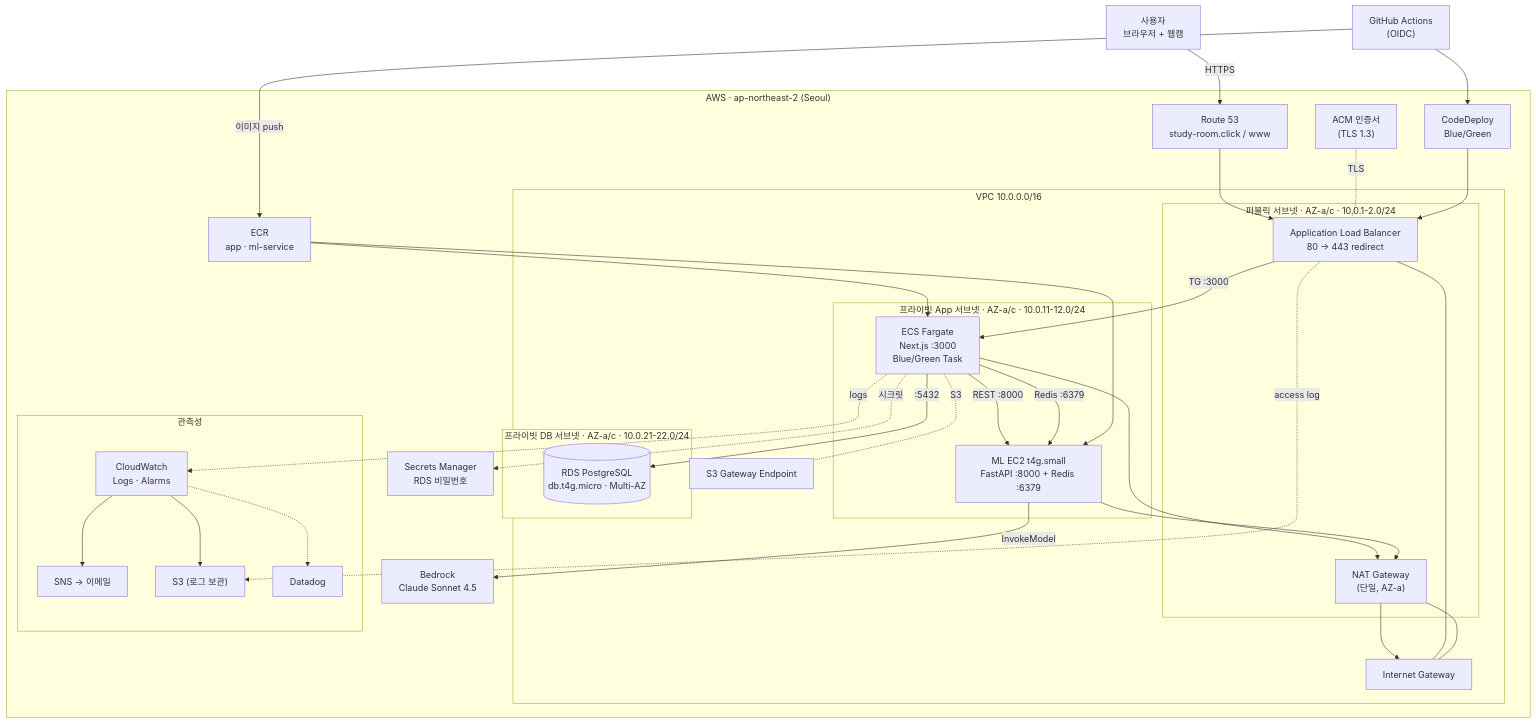
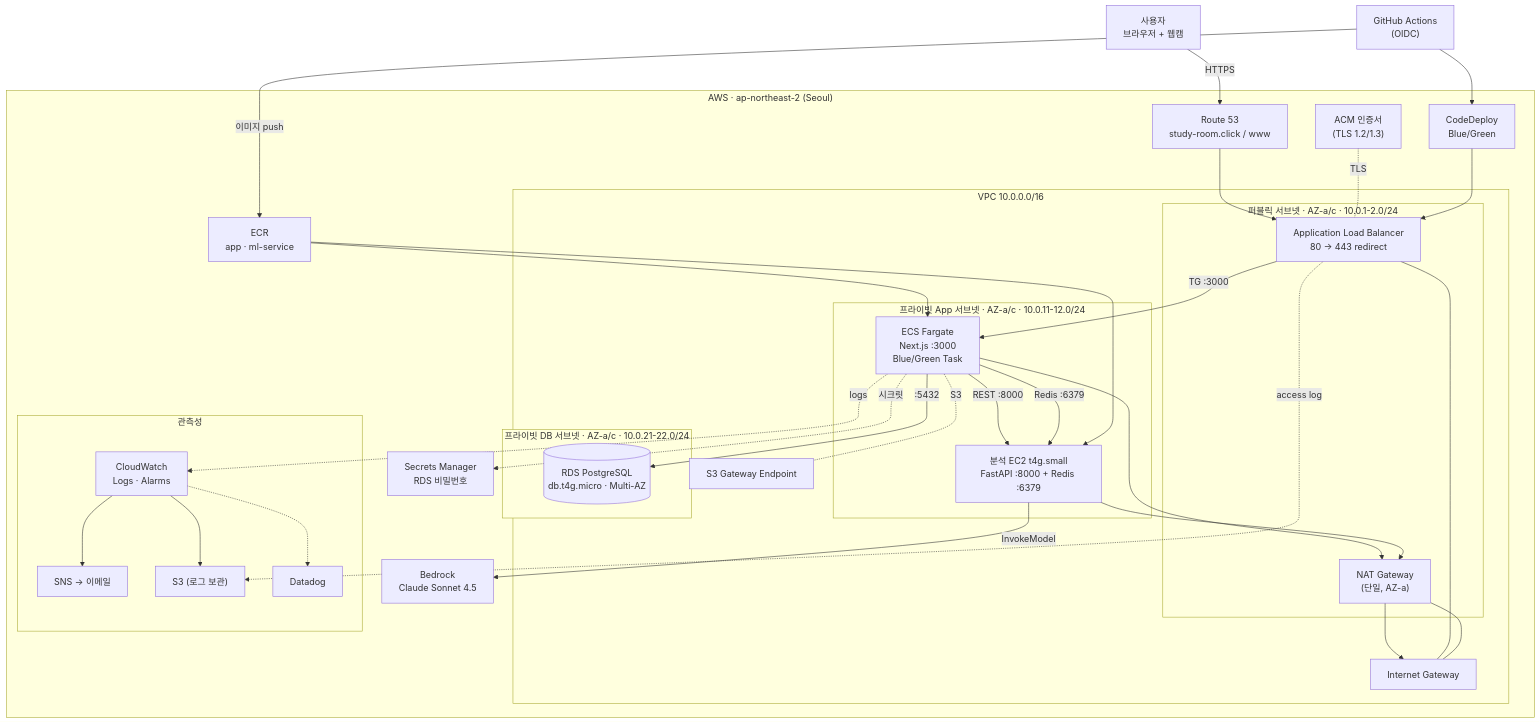
One commit to ICE-6141/focus-tracking-platform changed the first of 2 diagrams in terraform/README.md. Above: the diagram before and after it, drawn with Mermaid. The commit also changed other lines of this file, not shown here.

````diff
--- a/terraform/README.md
+++ b/terraform/README.md
@@ -17,70 +17,70 @@
 ```mermaid
 flowchart TB
     user["사용자<br/>브라우저 + 웹캠"]
     gh["GitHub Actions<br/>(OIDC)"]
 
     subgraph aws["AWS · ap-northeast-2 (Seoul)"]
         r53["Route 53<br/>study-room.click / www"]
-        acm["ACM 인증서<br/>(TLS 1.3)"]
+        acm["ACM 인증서<br/>(TLS 1.2/1.3)"]
         ecr["ECR<br/>app · ml-service"]
         bedrock["Bedrock<br/>Claude Sonnet 4.5"]
         secrets["Secrets Manager<br/>RDS 비밀번호"]
         cd["CodeDeploy<br/>Blue/Green"]
 
         subgraph vpc["VPC 10.0.0.0/16"]
             igw["Internet Gateway"]
 
             subgraph pub["퍼블릭 서브넷 · AZ-a/c · 10.0.1-2.0/24"]
                 alb["Application Load Balancer<br/>80 → 443 redirect"]
                 nat["NAT Gateway<br/>(단일, AZ-a)"]
             end
 
             subgraph appsub["프라이빗 App 서브넷 · AZ-a/c · 10.0.11-12.0/24"]
                 fg["ECS Fargate<br/>Next.js :3000<br/>Blue/Green Task"]
-                mlec2["ML EC2 t4g.small<br/>FastAPI :8000 + Redis :6379"]
+                mlec2["분석 EC2 t4g.small<br/>FastAPI :8000 + Redis :6379"]
             end
 
             subgraph dbsub["프라이빗 DB 서브넷 · AZ-a/c · 10.0.21-22.0/24"]
                 rds[("RDS PostgreSQL<br/>db.t4g.micro · Multi-AZ")]
             end
 
             s3ep["S3 Gateway Endpoint"]
         end
 
         subgraph obs["관측성"]
             cw["CloudWatch<br/>Logs · Alarms"]
             sns["SNS → 이메일"]
             s3log["S3 (로그 보관)"]
             dd["Datadog"]
         end
     end
 
     user -->|HTTPS| r53 --> alb
     acm -. TLS .- alb
     igw --- alb
     igw --- nat
 
     alb -->|TG :3000| fg
     fg -->|:5432| rds
     fg -->|REST :8000| mlec2
     fg -->|Redis :6379| mlec2
     fg -. 시크릿 .-> secrets
 
     mlec2 -->|InvokeModel| bedrock
     fg --> nat
     mlec2 --> nat
     nat --> igw
     fg -. S3 .- s3ep
 
     gh -->|이미지 push| ecr
     ecr --> fg
     ecr --> mlec2
     gh --> cd
     cd --> alb
 
     fg -. logs .-> cw
     alb -. access log .-> s3log
     cw --> s3log
     cw --> sns
     cw -.-> dd
 ```
````
